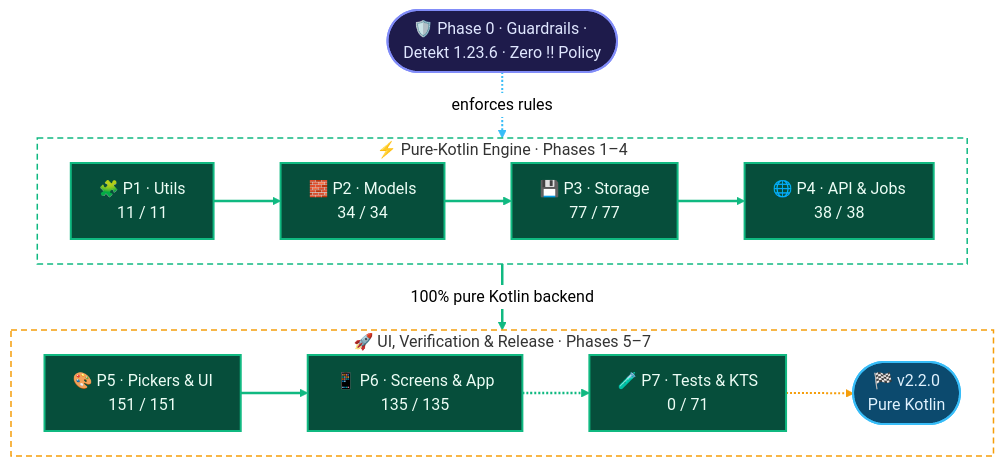
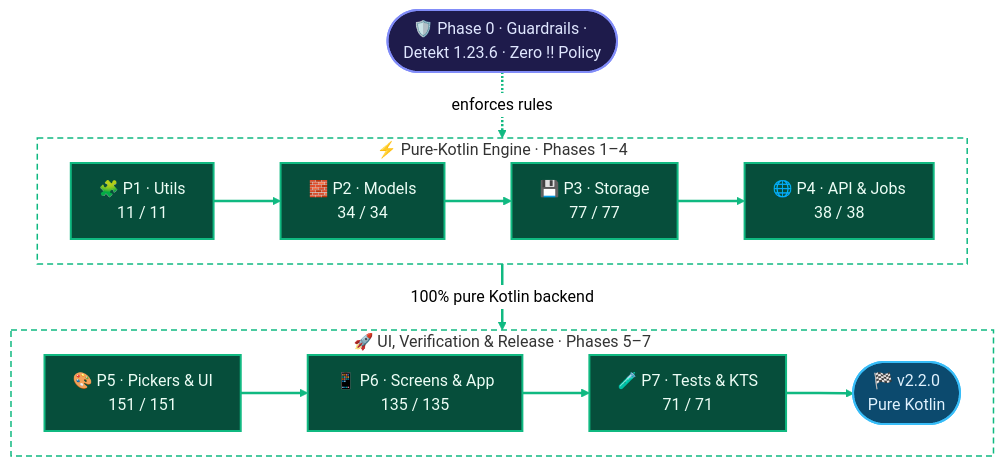
One commit to solomonrajan/cashledger changed the first of 2 diagrams in KOTLIN_MIGRATION.mdx. Above: the diagram before and after it, drawn with Mermaid (neutral theme). The commit also changed other lines of this file and 4 other files, not shown here.

````diff
--- a/KOTLIN_MIGRATION.mdx
+++ b/KOTLIN_MIGRATION.mdx
@@ -61,32 +62,29 @@
 ```mermaid
 %%{init: {"flowchart": {"curve": "basis", "nodeSpacing": 30, "rankSpacing": 42, "padding": 14}}}%%
 flowchart TB
     classDef gate fill:#1E1B4B,stroke:#818CF8,stroke-width:2px,color:#E0E7FF
     classDef complete fill:#064E3B,stroke:#10B981,stroke-width:2px,color:#ECFDF5
     classDef inprog fill:#78350F,stroke:#F59E0B,stroke-width:2.5px,color:#FFFBEB
     classDef pending fill:#0F172A,stroke:#64748B,stroke-width:1.5px,color:#CBD5E1
     classDef release fill:#0C4A6E,stroke:#38BDF8,stroke-width:2px,color:#E0F2FE
 
     P0(["🛡️ Phase 0 · Guardrails · Detekt 1.23.6 · Zero !! Policy"]):::gate
 
     subgraph CORE["⚡ Pure-Kotlin Engine · Phases 1–4"]
         direction LR
         P1["🧩 P1 · Utils<br/>11 / 11"]:::complete ==> P2["🧱 P2 · Models<br/>34 / 34"]:::complete ==> P3["💾 P3 · Storage<br/>77 / 77"]:::complete ==> P4["🌐 P4 · API & Jobs<br/>38 / 38"]:::complete
     end
 
     subgraph APP["🚀 UI, Verification & Release · Phases 5–7"]
         direction LR
-        P5["🎨 P5 · Pickers & UI<br/>151 / 151"]:::complete ==> P6["📱 P6 · Screens & App<br/>135 / 135"]:::complete -.-> P7["🧪 P7 · Tests & KTS<br/>0 / 71"]:::complete -.-> TARGET(["🏁 v2.2.0<br/>Pure Kotlin"]):::release
+        P5["🎨 P5 · Pickers & UI<br/>151 / 151"]:::complete ==> P6["📱 P6 · Screens & App<br/>135 / 135"]:::complete ==> P7["🧪 P7 · Tests & KTS<br/>71 / 71"]:::complete ==> TARGET(["🏁 v2.2.0<br/>Pure Kotlin"]):::release
     end
 
     P0 -. enforces rules .-> CORE
     CORE ==>|100% pure Kotlin backend| APP
 
     style CORE fill:none,stroke:#10B981,stroke-width:1.5px,stroke-dasharray:6 4
-    style APP fill:none,stroke:#F59E0B,stroke-width:1.5px,stroke-dasharray:6 4
+    style APP fill:none,stroke:#10B981,stroke-width:1.5px,stroke-dasharray:6 4
 
-    linkStyle 0,1,2,3,7 stroke:#10B981,stroke-width:2.5px
-    linkStyle 4 stroke:#10B981,stroke-width:2.5px
-    linkStyle 5 stroke:#F59E0B,stroke-width:2px
-    linkStyle 6 stroke:#38BDF8,stroke-width:2px
+    linkStyle 0,1,2,3,4,5,6,7 stroke:#10B981,stroke-width:2.5px
 ```
````
